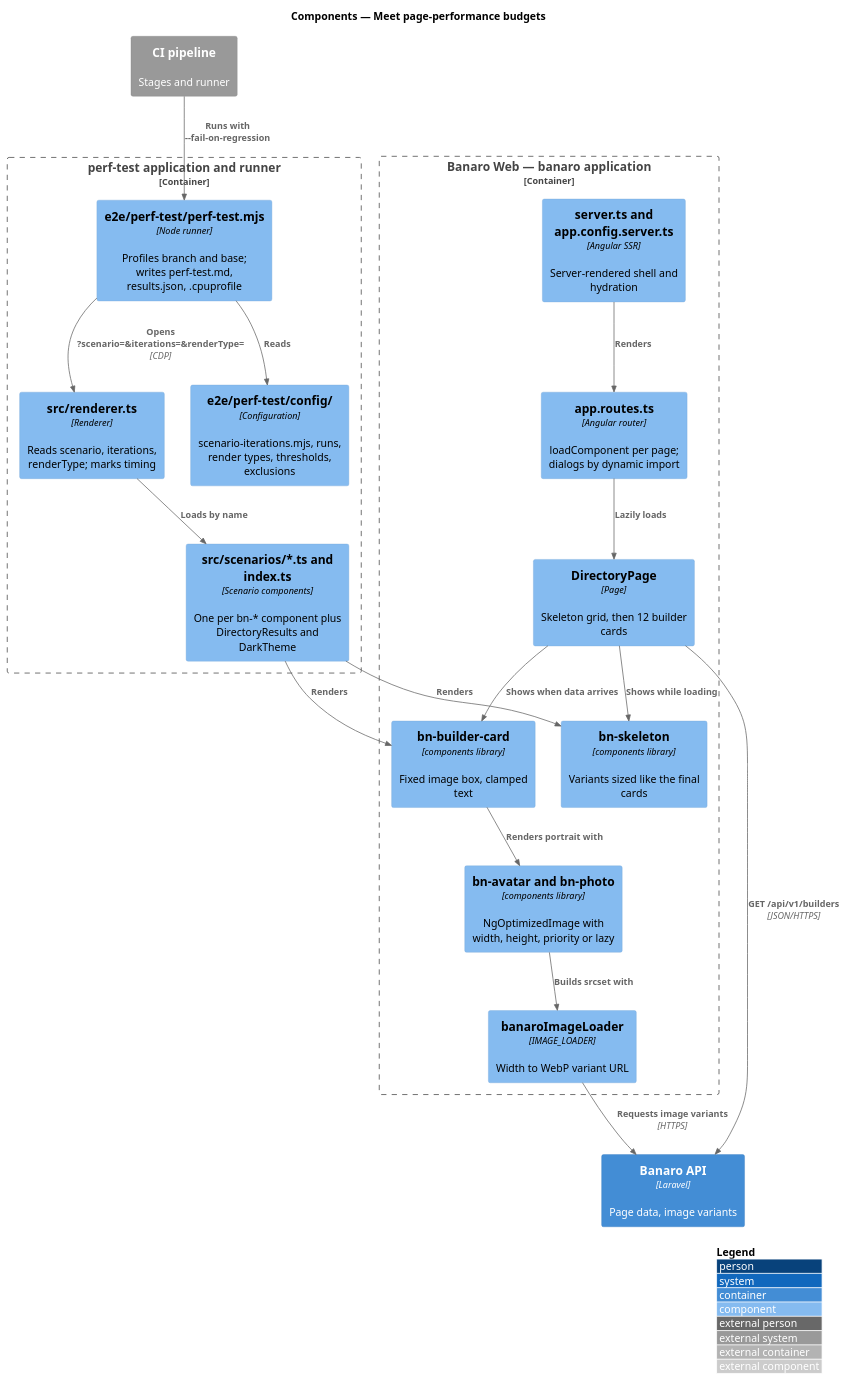
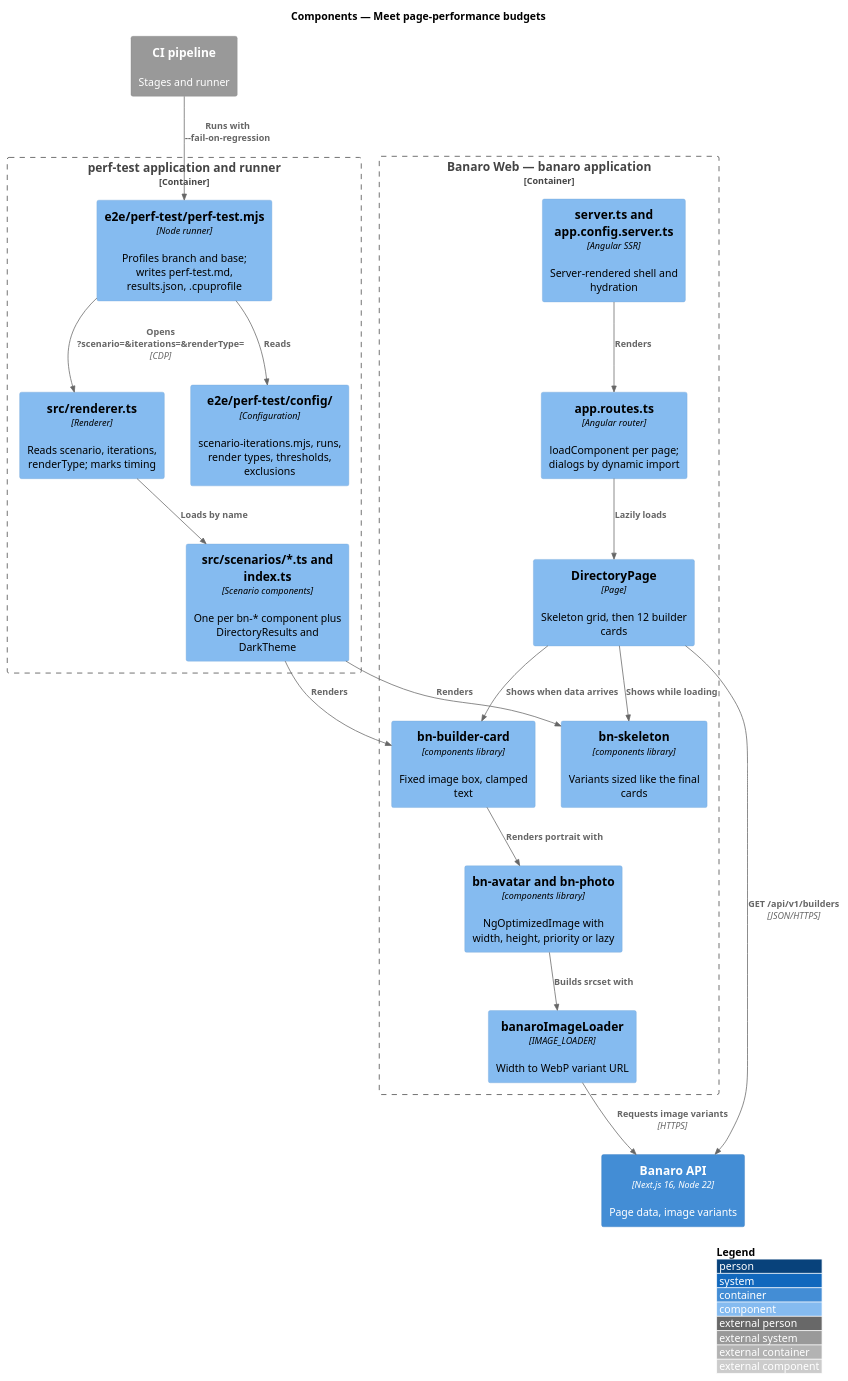
One commit to QuinntyneBrown/banaro changed the diagram in docs/detailed-designs/performance/meet-page-performance-budgets/diagrams/c4-component.puml. Above: the diagram before and after it, drawn with PlantUML. The commit also changed 321 other files, not shown here.

First line of the commit message:
docs(detailed-designs): describe the backend as Next.js on Node (in progress)

```diff
--- a/docs/detailed-designs/performance/meet-page-performance-budgets/diagrams/c4-component.puml
+++ b/docs/detailed-designs/performance/meet-page-performance-budgets/diagrams/c4-component.puml
@@ -1,40 +1,40 @@
 @startuml
 !include <C4/C4_Component>
 LAYOUT_WITH_LEGEND()
 title Components — Meet page-performance budgets
 
-Container(api, "Banaro API", "Laravel", "Page data, image variants")
+Container(api, "Banaro API", "Next.js 16, Node 22", "Page data, image variants")
 System_Ext(ci, "CI pipeline", "Stages and runner")
 
 Container_Boundary(web, "Banaro Web — banaro application") {
   Component(routes, "app.routes.ts", "Angular router", "loadComponent per page; dialogs by dynamic import")
   Component(server, "server.ts and app.config.server.ts", "Angular SSR", "Server-rendered shell and hydration")
   Component(page, "DirectoryPage", "Page", "Skeleton grid, then 12 builder cards")
   Component(card, "bn-builder-card", "components library", "Fixed image box, clamped text")
   Component(skeleton, "bn-skeleton", "components library", "Variants sized like the final cards")
   Component(image, "bn-avatar and bn-photo", "components library", "NgOptimizedImage with width, height, priority or lazy")
   Component(loader, "banaroImageLoader", "IMAGE_LOADER", "Width to WebP variant URL")
 }
 
 Container_Boundary(perf, "perf-test application and runner") {
   Component(scenarios, "src/scenarios/*.ts and index.ts", "Scenario components", "One per bn-* component plus DirectoryResults and DarkTheme")
   Component(renderer, "src/renderer.ts", "Renderer", "Reads scenario, iterations, renderType; marks timing")
   Component(runner, "e2e/perf-test/perf-test.mjs", "Node runner", "Profiles branch and base; writes perf-test.md, results.json, .cpuprofile")
   Component(config, "e2e/perf-test/config/", "Configuration", "scenario-iterations.mjs, runs, render types, thresholds, exclusions")
 }
 
 Rel(routes, page, "Lazily loads")
 Rel(server, routes, "Renders")
 Rel(page, skeleton, "Shows while loading")
 Rel(page, card, "Shows when data arrives")
 Rel(card, image, "Renders portrait with")
 Rel(image, loader, "Builds srcset with")
 Rel(page, api, "GET /api/v1/builders", "JSON/HTTPS")
 Rel(loader, api, "Requests image variants", "HTTPS")
 Rel(renderer, scenarios, "Loads by name")
 Rel(scenarios, card, "Renders")
 Rel(scenarios, skeleton, "Renders")
 Rel(runner, renderer, "Opens ?scenario=&iterations=&renderType=", "CDP")
 Rel(runner, config, "Reads")
 Rel(ci, runner, "Runs with --fail-on-regression")
 @enduml
```
